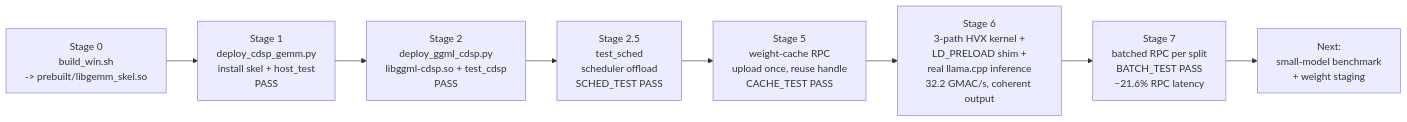
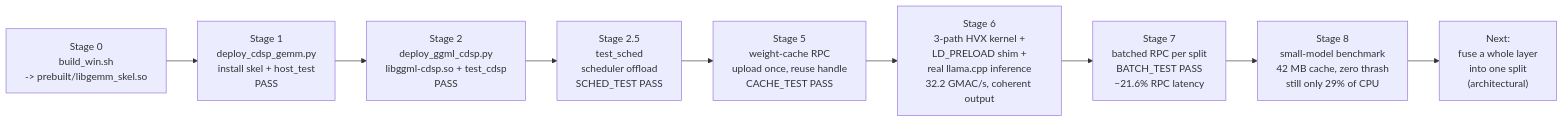
One commit to doeasier/raphael-cdsp-llm changed the third of 3 diagrams in README.md. Above: the diagram before and after it, drawn with Mermaid. The commit also changed other lines of this file and 27 other files, not shown here.

Commit message:
Stage 8: small-model benchmark falsifies cache-residency hypothesis (29% of CPU), add PROFILE + RPC buffer probe

````diff
--- a/README.md
+++ b/README.md
@@ -154,10 +176,10 @@
 ```mermaid
 flowchart LR
     A0["Stage 0<br/>build_win.sh<br/>-> prebuilt/libgemm_skel.so"] --> A1
     A1["Stage 1<br/>deploy_cdsp_gemm.py<br/>install skel + host_test<br/>PASS"] --> A2
     A2["Stage 2<br/>deploy_ggml_cdsp.py<br/>libggml-cdsp.so + test_cdsp<br/>PASS"] --> A25
     A25["Stage 2.5<br/>test_sched<br/>scheduler offload<br/>SCHED_TEST PASS"] --> A5
     A5["Stage 5<br/>weight-cache RPC<br/>upload once, reuse handle<br/>CACHE_TEST PASS"] --> A6
     A6["Stage 6<br/>3-path HVX kernel +<br/>LD_PRELOAD shim +<br/>real llama.cpp inference<br/>32.2 GMAC/s, coherent output"] --> A7
-    A7["Stage 7<br/>batched RPC per split<br/>BATCH_TEST PASS<br/>−21.6% RPC latency"] --> NX["Next:<br/>small-model benchmark<br/>+ weight staging"]
+    A7["Stage 7<br/>batched RPC per split<br/>BATCH_TEST PASS<br/>−21.6% RPC latency"] --> A8["Stage 8<br/>small-model benchmark<br/>42 MB cache, zero thrash<br/>still only 29% of CPU"] --> NX["Next:<br/>fuse a whole layer<br/>into one split<br/>(architectural)"]
 ```
````
